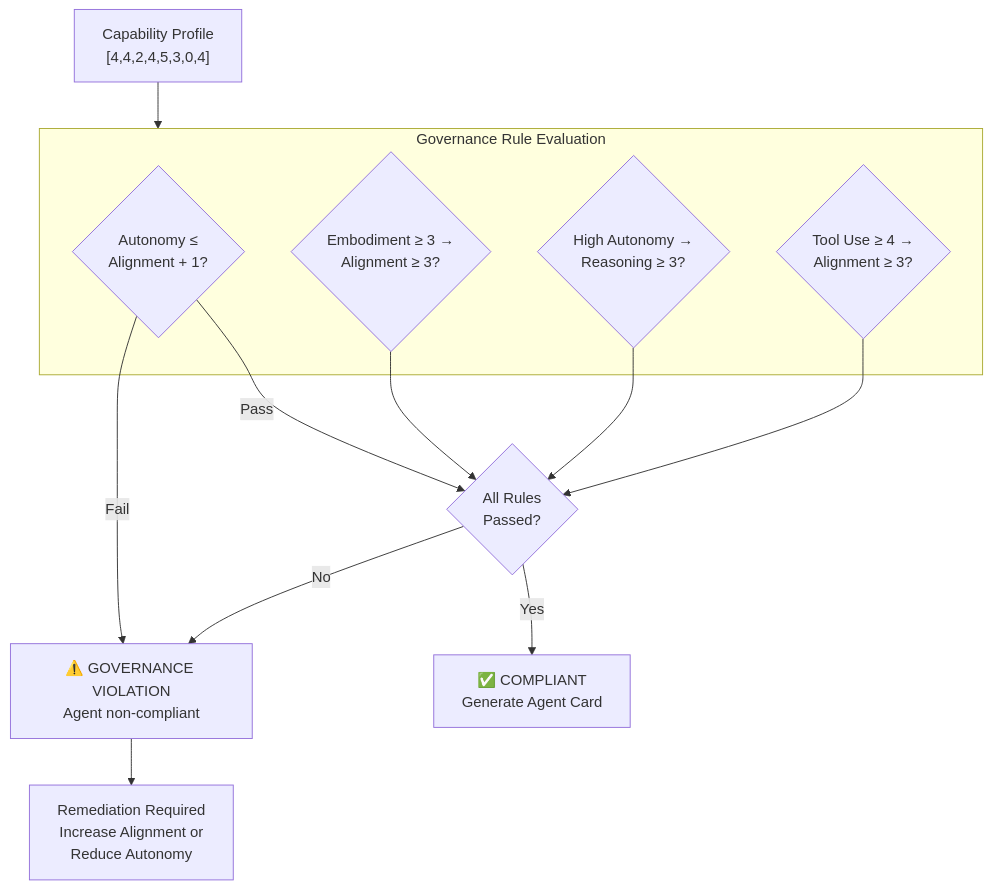
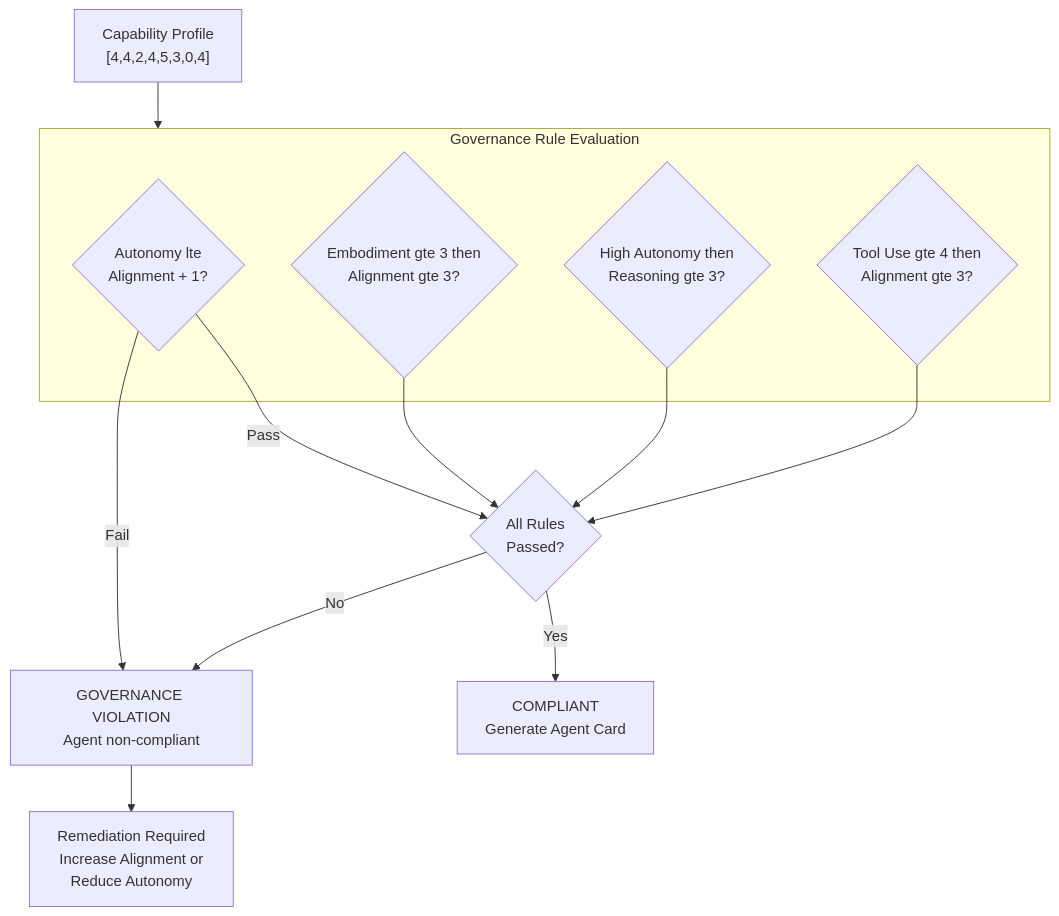
The fourth of 8 diagrams in docs/architecture/platform-architecture.md (snchande/Arima-AiCMM), drawn with Mermaid before and after one commit. The commit also changed other lines of this file and 4 other files, not shown here.

First line of the commit message:
fix: Mermaid rendering and add Architecture nav link

````diff
--- a/docs/architecture/platform-architecture.md
+++ b/docs/architecture/platform-architecture.md
@@ -211,23 +211,23 @@
 ```mermaid
 flowchart TD
     Profile["Capability Profile<br/>[4,4,2,4,5,3,0,4]"] --> Rules
 
     subgraph Rules["Governance Rule Evaluation"]
-        R1{"Autonomy ≤<br/>Alignment + 1?"}
-        R2{"Embodiment ≥ 3 →<br/>Alignment ≥ 3?"}
-        R3{"High Autonomy →<br/>Reasoning ≥ 3?"}
-        R4{"Tool Use ≥ 4 →<br/>Alignment ≥ 3?"}
+        R1{"Autonomy lte<br/>Alignment + 1?"}
+        R2{"Embodiment gte 3 then<br/>Alignment gte 3?"}
+        R3{"High Autonomy then<br/>Reasoning gte 3?"}
+        R4{"Tool Use gte 4 then<br/>Alignment gte 3?"}
     end
 
     R1 -->|Pass| Check2
-    R1 -->|Fail| Violation["⚠️ GOVERNANCE VIOLATION<br/>Agent non-compliant"]
+    R1 -->|Fail| Violation["GOVERNANCE VIOLATION<br/>Agent non-compliant"]
 
     R2 --> Check2{All Rules<br/>Passed?}
     R3 --> Check2
     R4 --> Check2
 
-    Check2 -->|Yes| Compliant["✅ COMPLIANT<br/>Generate Agent Card"]
+    Check2 -->|Yes| Compliant["COMPLIANT<br/>Generate Agent Card"]
     Check2 -->|No| Violation
 
     Violation --> Remediate["Remediation Required<br/>Increase Alignment or<br/>Reduce Autonomy"]
 ```
````
